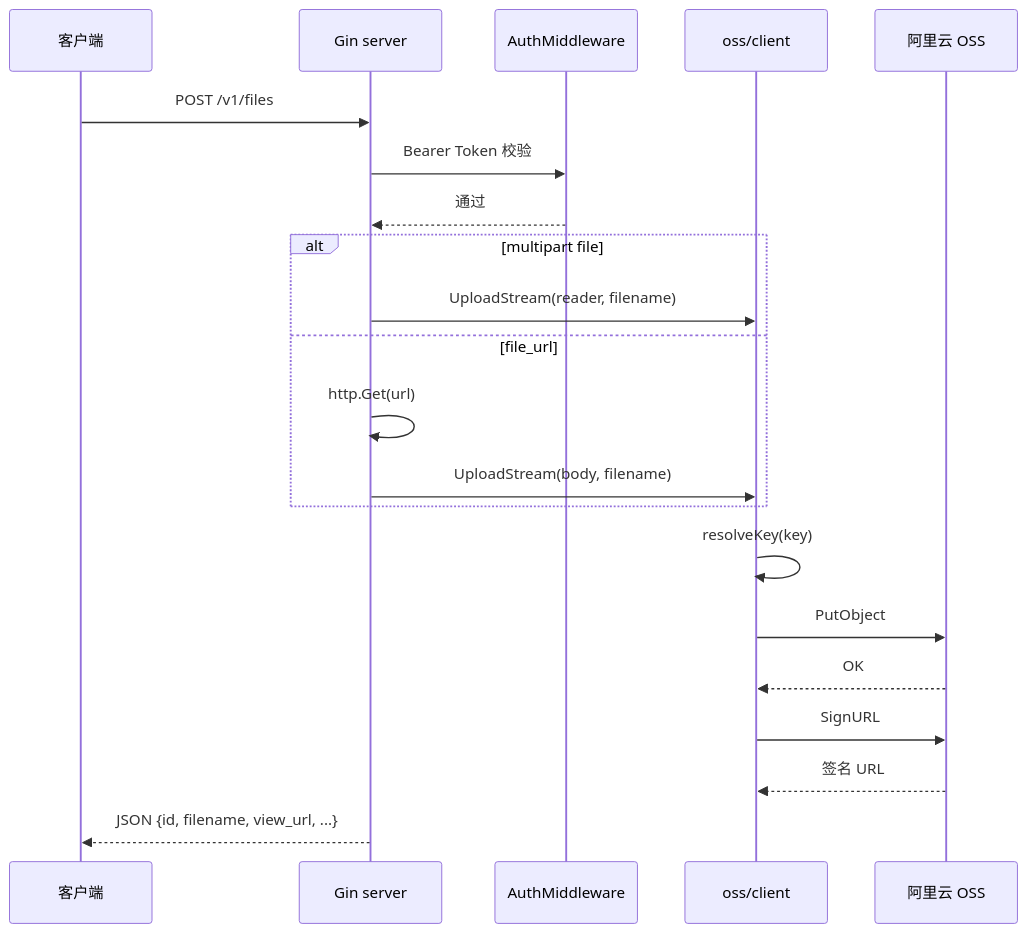
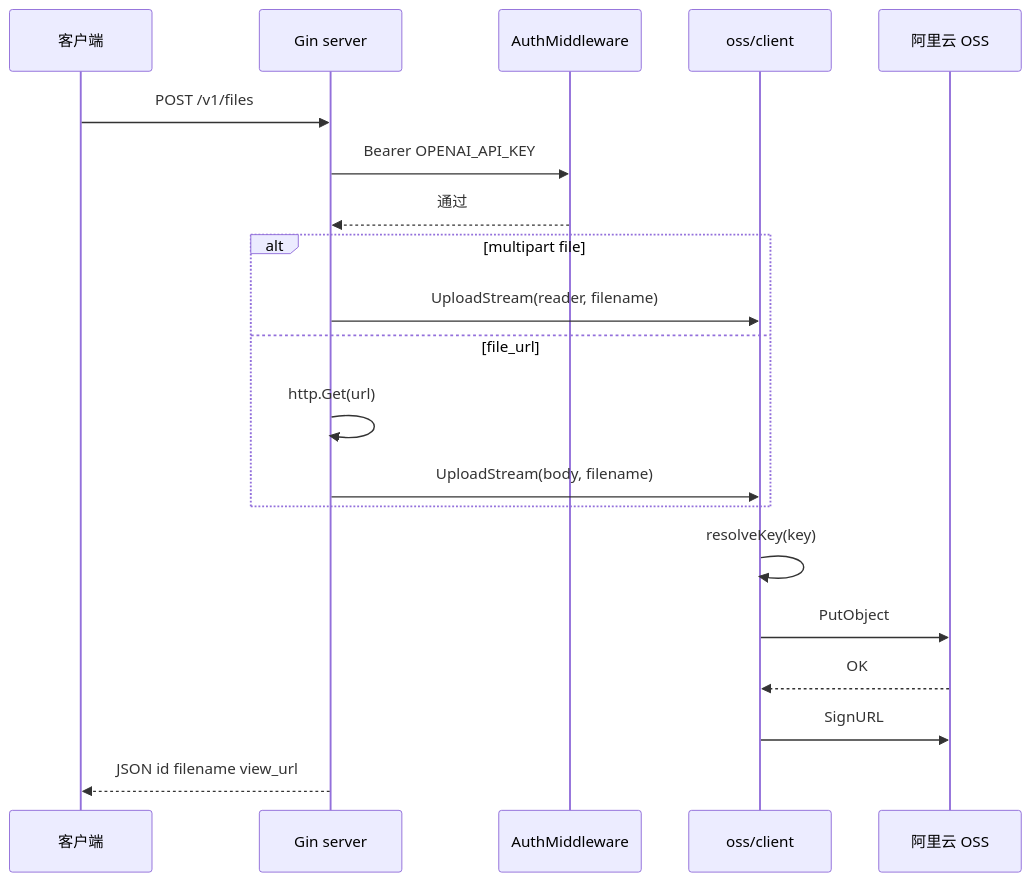
The sixth of 7 diagrams in docs/ARCHITECTURE.md (tianfei212/alOSS_agent_go), drawn with Mermaid before and after one commit. The commit also changed other lines of this file and 14 other files, not shown here.

````diff
--- a/docs/ARCHITECTURE.md
+++ b/docs/ARCHITECTURE.md
@@ -198,24 +268,23 @@
 ```mermaid
 sequenceDiagram
     participant C as 客户端
     participant G as Gin server
     participant A as AuthMiddleware
     participant O as oss/client
     participant S as 阿里云 OSS
 
     C->>G: POST /v1/files
-    G->>A: Bearer Token 校验
+    G->>A: Bearer OPENAI_API_KEY
     A-->>G: 通过
     alt multipart file
         G->>O: UploadStream(reader, filename)
     else file_url
         G->>G: http.Get(url)
         G->>O: UploadStream(body, filename)
     end
     O->>O: resolveKey(key)
     O->>S: PutObject
     S-->>O: OK
     O->>S: SignURL
-    S-->>O: 签名 URL
-    G-->>C: JSON {id, filename, view_url, ...}
+    G-->>C: JSON id filename view_url
 ```
````
